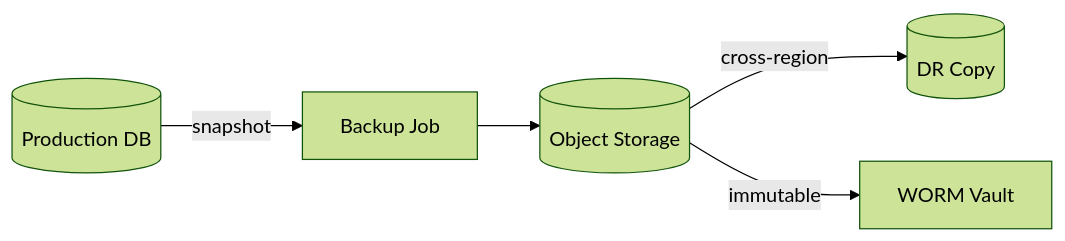
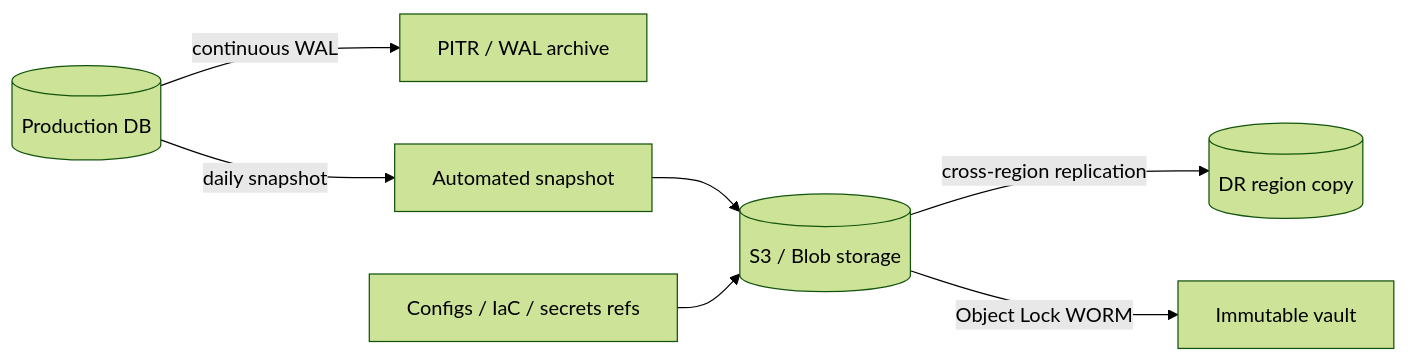
One commit to hareramcse/SystemDesign changed diagram 16 of 22 in 12-reliability-engineering/README.md. Above: the diagram before and after it, drawn with Mermaid (forest theme). The commit also changed other lines of this file and 5 other files, not shown here.

````diff
--- a/12-reliability-engineering/README.md
+++ b/12-reliability-engineering/README.md
@@ -731,7 +828,9 @@
 ```mermaid
 flowchart LR
-    DB[(Production DB)] -->|snapshot| BK[Backup Job]
-    BK --> S3[(Object Storage)]
-    S3 -->|cross-region| DR[(DR Copy)]
-    S3 -->|immutable| Vault[WORM Vault]
+    DB[(Production DB)] -->|continuous WAL| PITR[PITR / WAL archive]
+    DB -->|daily snapshot| Snap[Automated snapshot]
+    Snap --> S3[(S3 / Blob storage)]
+    S3 -->|cross-region replication| DR[(DR region copy)]
+    S3 -->|Object Lock WORM| Vault[Immutable vault]
+    CFG[Configs / IaC / secrets refs] --> S3
 ```
````
